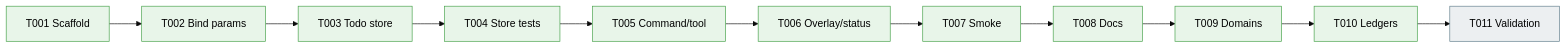
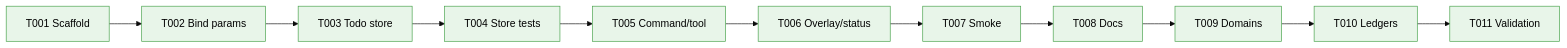
The third of 3 diagrams in docs/plans/010-sql-backed-todo-extension/sql-backed-todo-extension.fltplan.md (vaughanknight/pij), drawn with Mermaid (base theme) before and after one commit. The commit also changed other lines of this file and 31 other files, not shown here.

````diff
--- a/docs/plans/010-sql-backed-todo-extension/sql-backed-todo-extension.fltplan.md
+++ b/docs/plans/010-sql-backed-todo-extension/sql-backed-todo-extension.fltplan.md
@@ -128,9 +128,9 @@
 ```mermaid
 flowchart LR
     classDef pending fill:#ECEFF1,stroke:#607D8B,color:#000
     classDef active fill:#FFF3E0,stroke:#FB8C00,color:#000
     classDef done fill:#E8F5E9,stroke:#43A047,color:#000
     classDef blocked fill:#FFEBEE,stroke:#E53935,color:#000
 
-    S001[T001 Scaffold]:::done --> S002[T002 Bind params]:::done --> S003[T003 Todo store]:::done --> S004[T004 Store tests]:::done --> S005[T005 Command/tool]:::done --> S006[T006 Overlay/status]:::done --> S007[T007 Smoke]:::done --> S008[T008 Docs]:::done --> S009[T009 Domains]:::done --> S010[T010 Ledgers]:::done --> S011[T011 Validation]:::pending
+    S001[T001 Scaffold]:::done --> S002[T002 Bind params]:::done --> S003[T003 Todo store]:::done --> S004[T004 Store tests]:::done --> S005[T005 Command/tool]:::done --> S006[T006 Overlay/status]:::done --> S007[T007 Smoke]:::done --> S008[T008 Docs]:::done --> S009[T009 Domains]:::done --> S010[T010 Ledgers]:::done --> S011[T011 Validation]:::done
 ```
````
